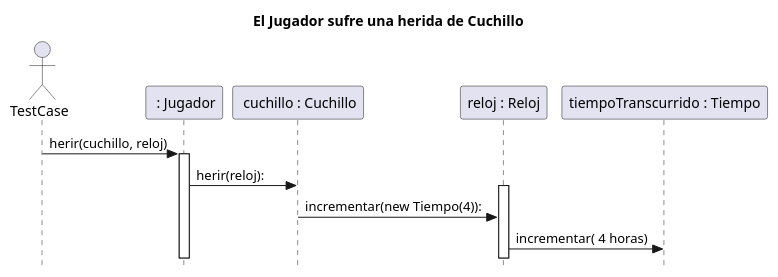
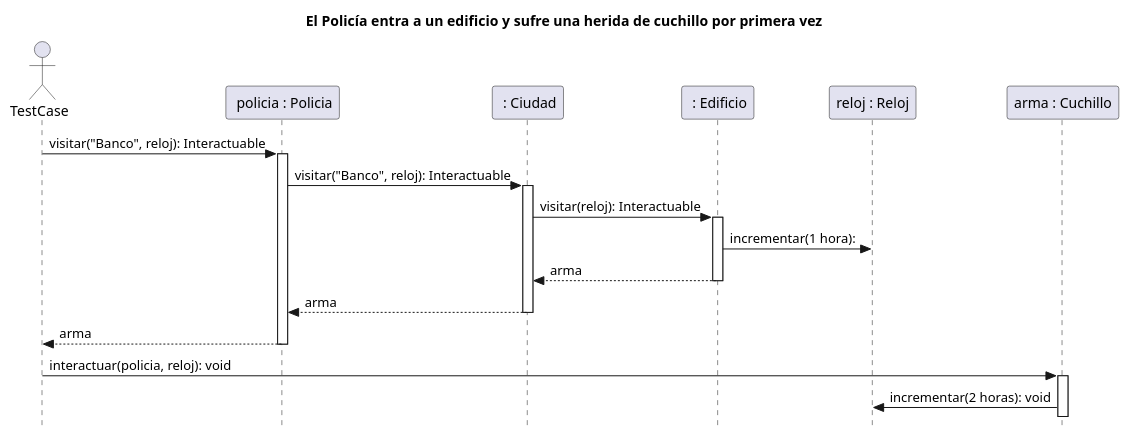
Before and after one commit to martinanus/algo3_tp2: the diagram in diagrams/sequences/JugadorSufreHeridaDeCuchillo.puml, drawn with PlantUML.

Commit message:
Se actualiza secuencia

```diff
--- a/diagrams/sequences/JugadorSufreHeridaDeCuchillo.puml
+++ b/diagrams/sequences/JugadorSufreHeridaDeCuchillo.puml
@@ -1,21 +1,26 @@
 @startuml
 skinparam style strictuml
-title:  El Jugador sufre una herida de Cuchillo
-
+title:  El Policía entra a un edificio y sufre una herida de cuchillo por primera vez
 actor TestCase
 
-participant " : Jugador" as jugador
-participant " cuchillo : Cuchillo" as cuchillo
+participant " policia : Policia" as policia
+participant " : Ciudad" as ciudad
+participant " : Edificio" as banco
 participant "reloj : Reloj" as reloj
-participant "tiempoTranscurrido : Tiempo" as tiempo
+participant "arma : Cuchillo" as arma
 
-TestCase -> jugador: herir(cuchillo, reloj)
-activate jugador
-jugador -> cuchillo: herir(reloj):
-activate reloj
-cuchillo -> reloj: incrementar(new Tiempo(4)):
-reloj -> tiempo: incrementar( 4 horas)
-
-
+TestCase -> policia: visitar("Banco", reloj): Interactuable
+activate policia
+policia -> ciudad: visitar("Banco", reloj): Interactuable
+activate ciudad
+ciudad -> banco: visitar(reloj): Interactuable
+activate banco
+banco -> reloj: incrementar(1 hora):
+return arma
+return arma
+return arma
+TestCase -> arma: interactuar(policia, reloj): void
+activate arma
+arma -> reloj: incrementar(2 horas): void
 
 @enduml
```
